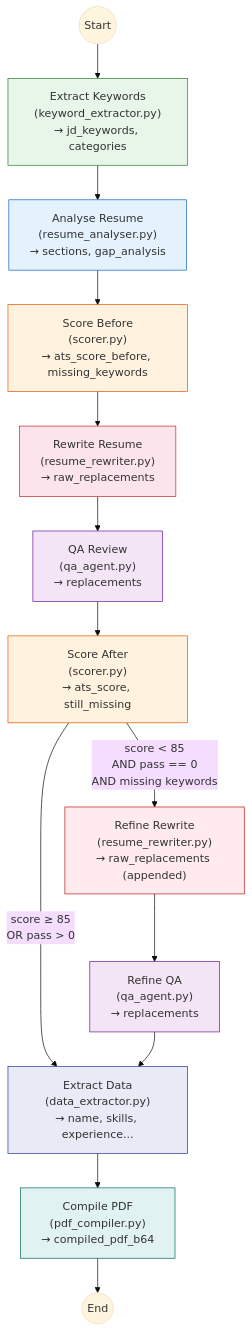
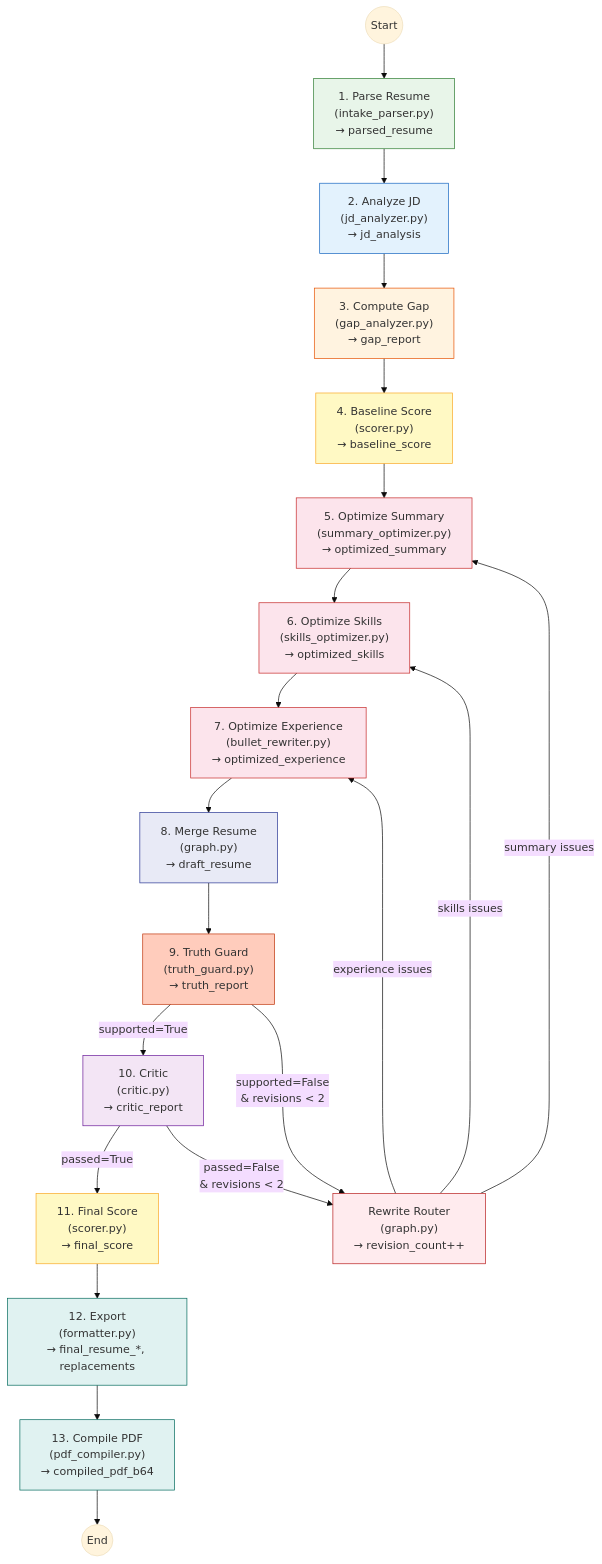
One commit to abhishekDeshmukh74/resume-for-ats changed the diagram in backend/services/agents/AGENTS.md. Above: the diagram before and after it, drawn with Mermaid (base theme). The commit also changed other lines of this file and 16 other files, not shown here.

First line of the commit message:
docs: add comprehensive docstrings to all agents and rewrite AGENTS.md/ARCHITECTURE.md

````diff
--- a/backend/services/agents/AGENTS.md
+++ b/backend/services/agents/AGENTS.md
@@ -17,42 +29,60 @@
 ```mermaid
 graph TD
-    START((Start)) --> extract_keywords
+    START((Start)) --> parse_resume
 
-    extract_keywords["Extract Keywords\n(keyword_extractor.py)\n→ jd_keywords, categories"]
-    analyse_resume["Analyse Resume\n(resume_analyser.py)\n→ sections, gap_analysis"]
-    score_before["Score Before\n(scorer.py)\n→ ats_score_before, missing_keywords"]
-    rewrite_resume["Rewrite Resume\n(resume_rewriter.py)\n→ raw_replacements"]
-    qa_review["QA Review\n(qa_agent.py)\n→ replacements"]
-    score_after["Score After\n(scorer.py)\n→ ats_score, still_missing"]
-    refine_rewrite["Refine Rewrite\n(resume_rewriter.py)\n→ raw_replacements (appended)"]
-    refine_qa["Refine QA\n(qa_agent.py)\n→ replacements"]
-    extract_data["Extract Data\n(data_extractor.py)\n→ name, skills, experience..."]
-    compile_pdf["Compile PDF\n(pdf_compiler.py)\n→ compiled_pdf_b64"]
+    parse_resume["1. Parse Resume\n(intake_parser.py)\n→ parsed_resume"]
+    analyze_jd["2. Analyze JD\n(jd_analyzer.py)\n→ jd_analysis"]
+    compute_gap["3. Compute Gap\n(gap_analyzer.py)\n→ gap_report"]
+    baseline_score["4. Baseline Score\n(scorer.py)\n→ baseline_score"]
+    optimize_summary["5. Optimize Summary\n(summary_optimizer.py)\n→ optimized_summary"]
+    optimize_skills["6. Optimize Skills\n(skills_optimizer.py)\n→ optimized_skills"]
+    optimize_experience["7. Optimize Experience\n(bullet_rewriter.py)\n→ optimized_experience"]
+    merge_resume["8. Merge Resume\n(graph.py)\n→ draft_resume"]
+    truth_guard["9. Truth Guard\n(truth_guard.py)\n→ truth_report"]
+    critic["10. Critic\n(critic.py)\n→ critic_report"]
+    rewrite_router["Rewrite Router\n(graph.py)\n→ revision_count++"]
+    final_score["11. Final Score\n(scorer.py)\n→ final_score"]
+    export_node["12. Export\n(formatter.py)\n→ final_resume_*, replacements"]
+    compile_pdf_node["13. Compile PDF\n(pdf_compiler.py)\n→ compiled_pdf_b64"]
     END_NODE((End))
 
-    extract_keywords --> analyse_resume
-    analyse_resume --> score_before
-    score_before --> rewrite_resume
-    rewrite_resume --> qa_review
-    qa_review --> score_after
+    parse_resume --> analyze_jd
+    analyze_jd --> compute_gap
+    compute_gap --> baseline_score
 
-    score_after -->|"score ≥ 85\nOR pass > 0"| extract_data
-    score_after -->|"score < 85\nAND pass == 0\nAND missing keywords"| refine_rewrite
+    baseline_score --> optimize_summary
+    optimize_summary --> optimize_skills
+    optimize_skills --> optimize_experience
 
-    refine_rewrite --> refine_qa
-    refine_qa --> extract_data
+    optimize_experience --> merge_resume
+    merge_resume --> truth_guard
 
-    extract_data --> compile_pdf
-    compile_pdf --> END_NODE
+    truth_guard -->|"supported=True"| critic
+    truth_guard -->|"supported=False\n& revisions < 2"| rewrite_router
 
-    style extract_keywords fill:#e8f5e9,stroke:#2e7d32
-    style analyse_resume fill:#e3f2fd,stroke:#1565c0
-    style score_before fill:#fff3e0,stroke:#e65100
-    style rewrite_resume fill:#fce4ec,stroke:#c62828
-    style qa_review fill:#f3e5f5,stroke:#6a1b9a
-    style score_after fill:#fff3e0,stroke:#e65100
-    style refine_rewrite fill:#ffebee,stroke:#b71c1c
-    style refine_qa fill:#f3e5f5,stroke:#6a1b9a
-    style extract_data fill:#e8eaf6,stroke:#283593
-    style compile_pdf fill:#e0f2f1,stroke:#00695c
+    critic -->|"passed=True"| final_score
+    critic -->|"passed=False\n& revisions < 2"| rewrite_router
+
+    rewrite_router -->|"experience issues"| optimize_experience
+    rewrite_router -->|"summary issues"| optimize_summary
+    rewrite_router -->|"skills issues"| optimize_skills
+
+    final_score --> export_node
+    export_node --> compile_pdf_node
+    compile_pdf_node --> END_NODE
+
+    style parse_resume fill:#e8f5e9,stroke:#2e7d32
+    style analyze_jd fill:#e3f2fd,stroke:#1565c0
+    style compute_gap fill:#fff3e0,stroke:#e65100
+    style baseline_score fill:#fff9c4,stroke:#f9a825
+    style optimize_summary fill:#fce4ec,stroke:#c62828
+    style optimize_skills fill:#fce4ec,stroke:#c62828
+    style optimize_experience fill:#fce4ec,stroke:#c62828
+    style merge_resume fill:#e8eaf6,stroke:#283593
+    style truth_guard fill:#ffccbc,stroke:#bf360c
+    style critic fill:#f3e5f5,stroke:#6a1b9a
+    style rewrite_router fill:#ffebee,stroke:#b71c1c
+    style final_score fill:#fff9c4,stroke:#f9a825
+    style export_node fill:#e0f2f1,stroke:#00695c
+    style compile_pdf_node fill:#e0f2f1,stroke:#00695c
 ```
````
